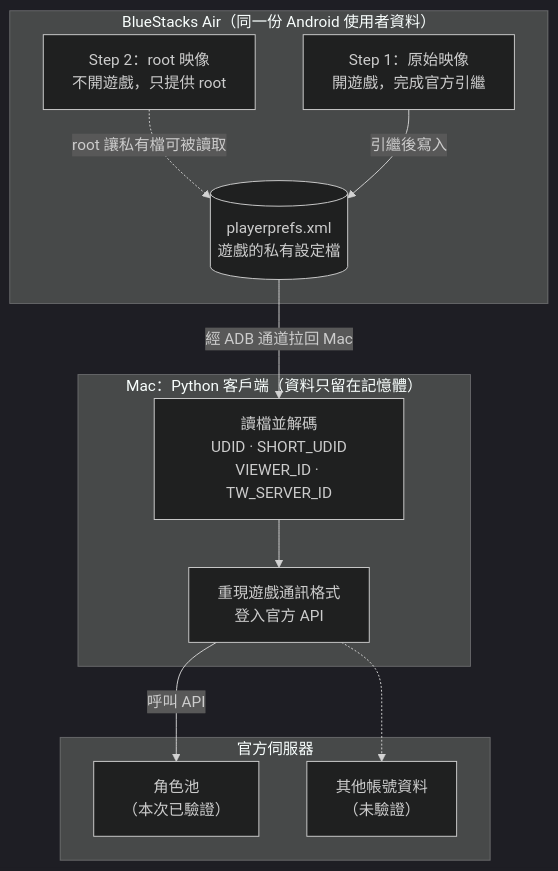
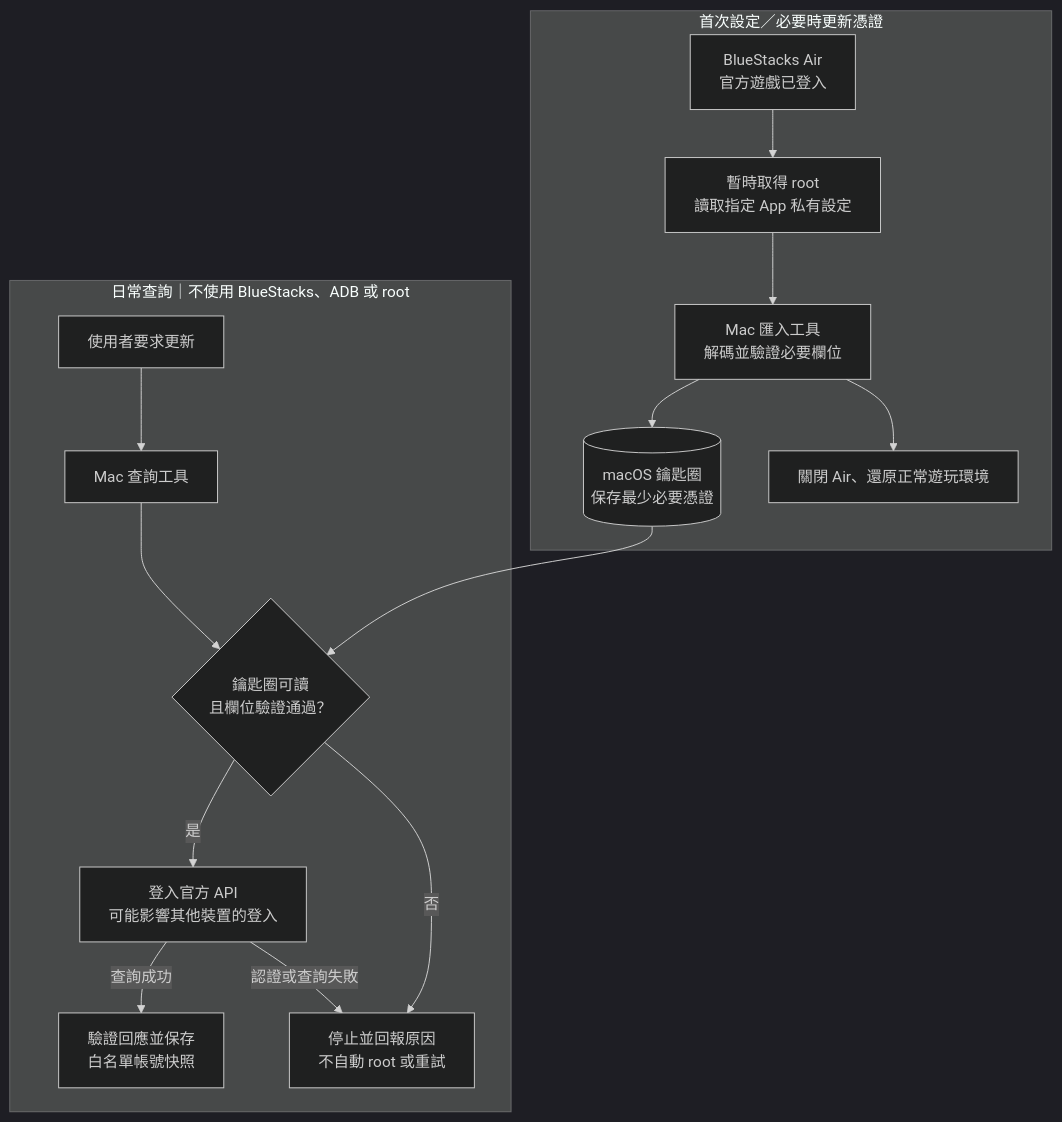
The first of 2 diagrams in README.md (WilliamCHIU-ETH/pcr-tw-mac-login), drawn with Mermaid (dark theme) before and after one commit. The commit also changed other lines of this file and 3 other files, not shown here.

````diff
--- a/README.md
+++ b/README.md
@@ -31,22 +31,25 @@
 ```mermaid
 flowchart TB
-    subgraph AIR["BlueStacks Air（同一份 Android 使用者資料）"]
-        B["Step 2：root 映像<br/>不開遊戲，只提供 root"]
-        A["Step 1：原始映像<br/>開遊戲，完成官方引繼"]
-        P[("playerprefs.xml<br/>遊戲的私有設定檔")]
-        B -.->|"root 讓私有檔可被讀取"| P
-        A -->|"引繼後寫入"| P
+    subgraph SETUP["首次設定／必要時更新憑證"]
+        A["BlueStacks Air<br/>官方遊戲已登入"]
+        R["暫時取得 root<br/>讀取指定 App 私有設定"]
+        I["Mac 匯入工具<br/>解碼並驗證必要欄位"]
+        K[("macOS 鑰匙圈<br/>保存最少必要憑證")]
+        A --> R --> I --> K
+        I --> Q["關閉 Air、還原正常遊玩環境"]
     end
-    subgraph MAC["Mac：Python 客戶端（資料只留在記憶體）"]
-        D["讀檔並解碼<br/>UDID · SHORT_UDID<br/>VIEWER_ID · TW_SERVER_ID"]
-        C["重現遊戲通訊格式<br/>登入官方 API"]
-        D --> C
+    subgraph DAILY["日常查詢｜不使用 BlueStacks、ADB 或 root"]
+        U["使用者要求更新"]
+        C["Mac 查詢工具"]
+        V{"鑰匙圈可讀<br/>且欄位驗證通過？"}
+        S["登入官方 API<br/>可能影響其他裝置的登入"]
+        F["驗證回應並保存<br/>白名單帳號快照"]
+        X["停止並回報原因<br/>不自動 root 或重試"]
+        U --> C --> V
+        K --> V
+        V -->|是| S
+        V -->|否| X
+        S -->|查詢成功| F
+        S -->|認證或查詢失敗| X
     end
-    subgraph SRV["官方伺服器"]
-        F["角色池<br/>（本次已驗證）"]
-        G["其他帳號資料<br/>（未驗證）"]
-    end
-    P -->|"經 ADB 通道拉回 Mac"| D
-    C -->|"呼叫 API"| F
-    C -.-> G
 ```
````
